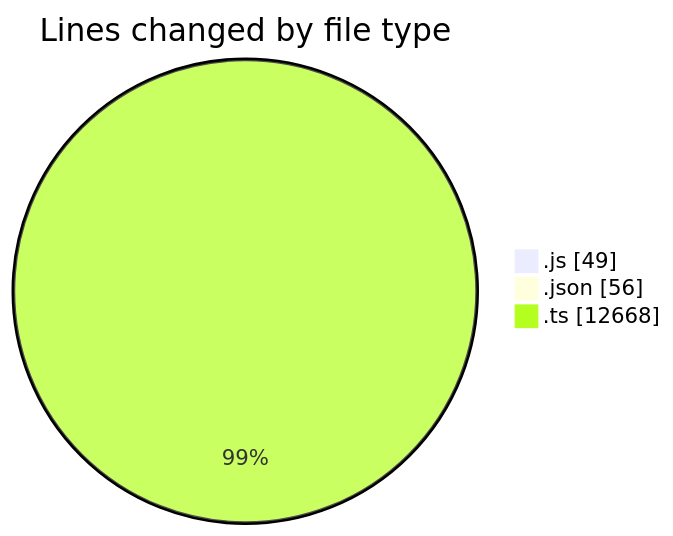
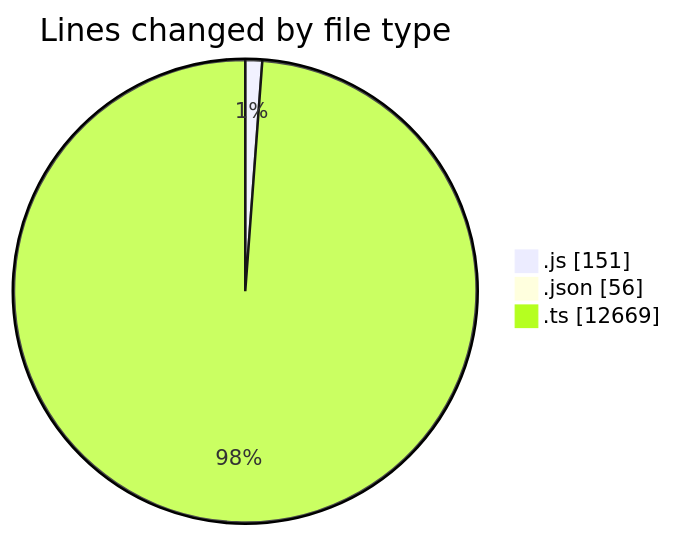
One commit to momahboobian/code-tracking changed the first of 2 diagrams in 2025-09-04/cda/README.md. Above: the diagram before and after it, drawn with Mermaid. The commit also changed other lines of this file and 1 other file, not shown here.

````diff
--- a/2025-09-04/cda/README.md
+++ b/2025-09-04/cda/README.md
@@ -27,7 +28,7 @@
 ```mermaid
 pie showData
 title Lines changed by file type
-".js" : 49
+".js" : 151
 ".json" : 56
-".ts" : 12668
+".ts" : 12669
 ```
````
